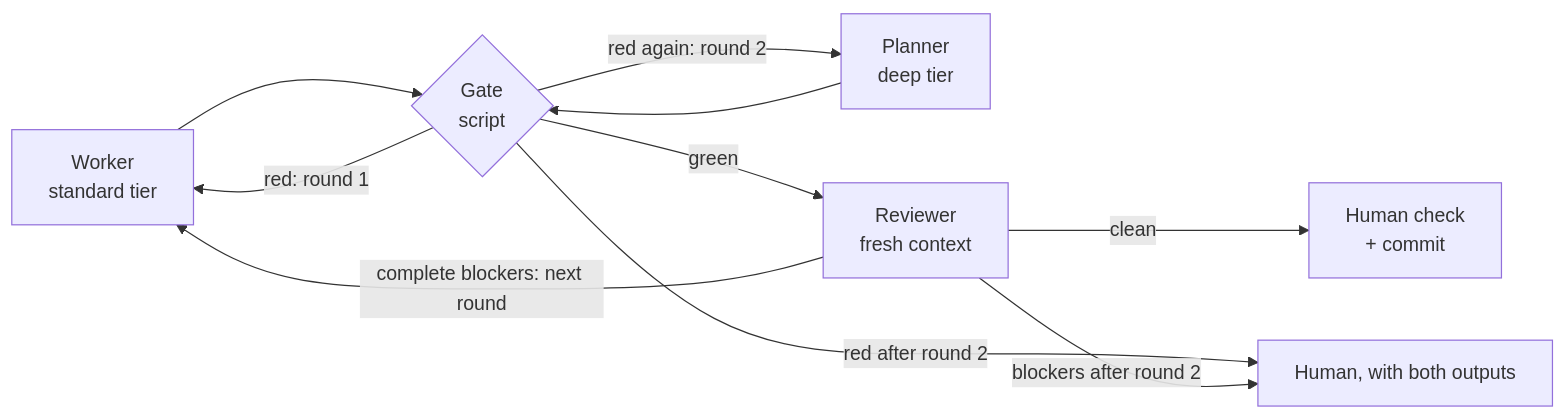
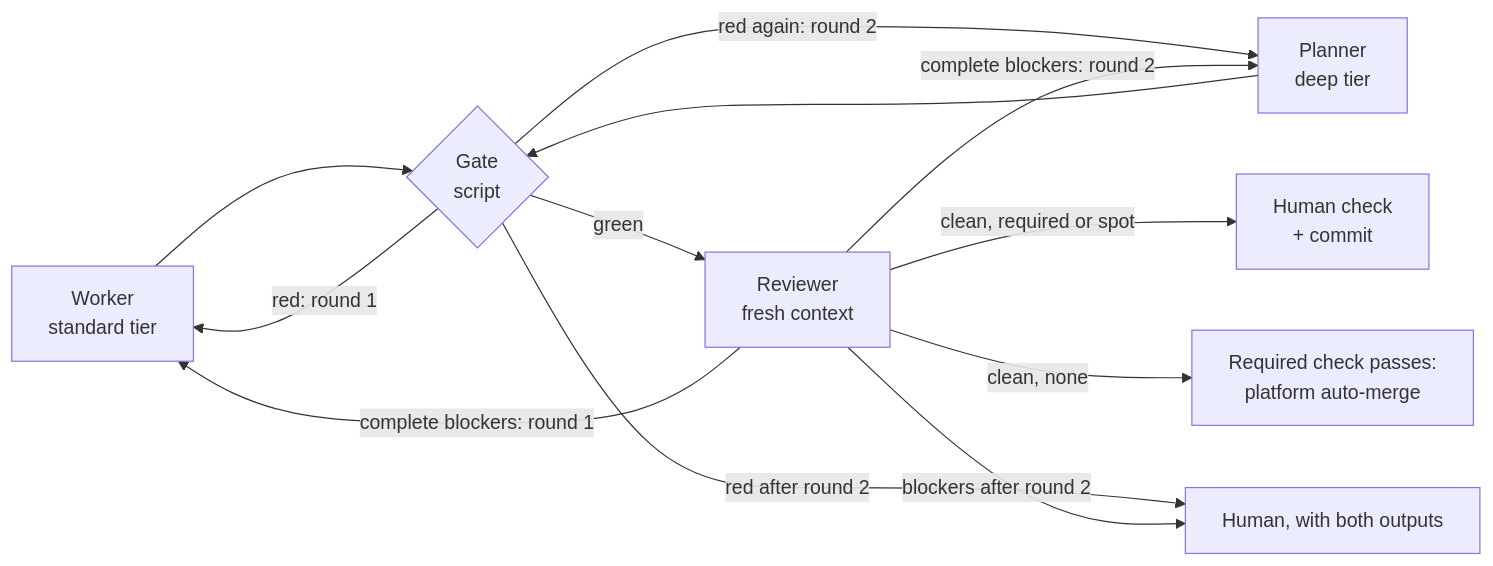
The diagram in kit/docs/review-loop.md (natsaros7/specter), drawn with Mermaid before and after one commit. The commit also changed other lines of this file and 9 other files, not shown here.

First line of the commit message:
fix(kit): earn human none only from the base and a real merged ref

````diff
--- a/kit/docs/review-loop.md
+++ b/kit/docs/review-loop.md
@@ -7,12 +7,14 @@
 ```mermaid
 flowchart LR
   W[Worker<br/>standard tier] --> G{Gate<br/>script}
   G -- "red: round 1" --> W
   G -- "red again: round 2" --> P[Planner<br/>deep tier]
   P --> G
   G -- green --> R[Reviewer<br/>fresh context]
-  R -- "complete blockers: next round" --> W
-  R -- clean --> C[Human check<br/>+ commit]
+  R -- "complete blockers: round 1" --> W
+  R -- "complete blockers: round 2" --> P
+  R -- "clean, required or spot" --> C[Human check<br/>+ commit]
+  R -- "clean, none" --> A[Required check passes:<br/>platform auto-merge]
   G -- "red after round 2" --> H[Human, with both outputs]
   R -- "blockers after round 2" --> H
 ```
````
